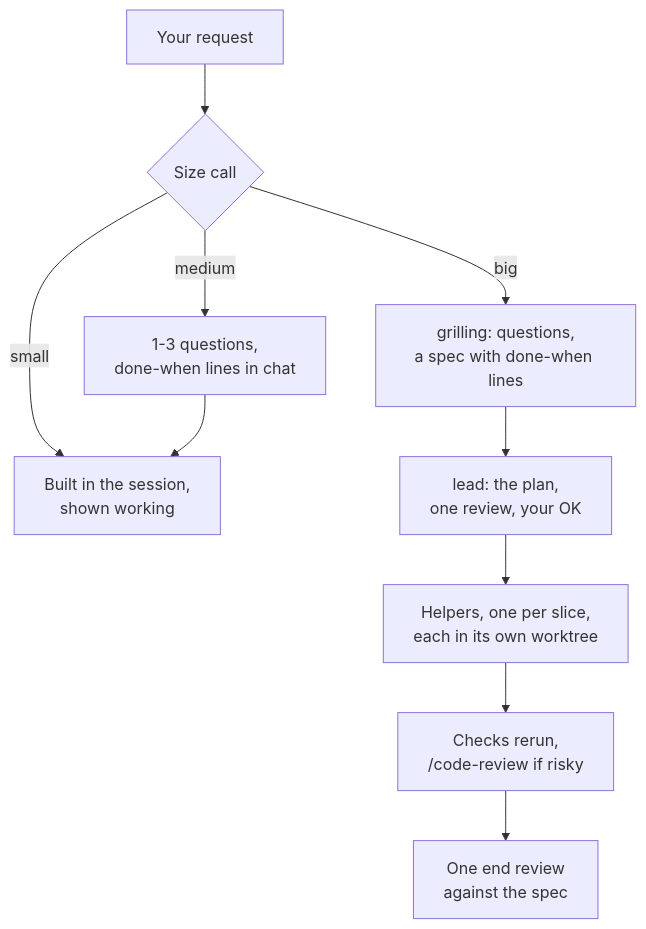
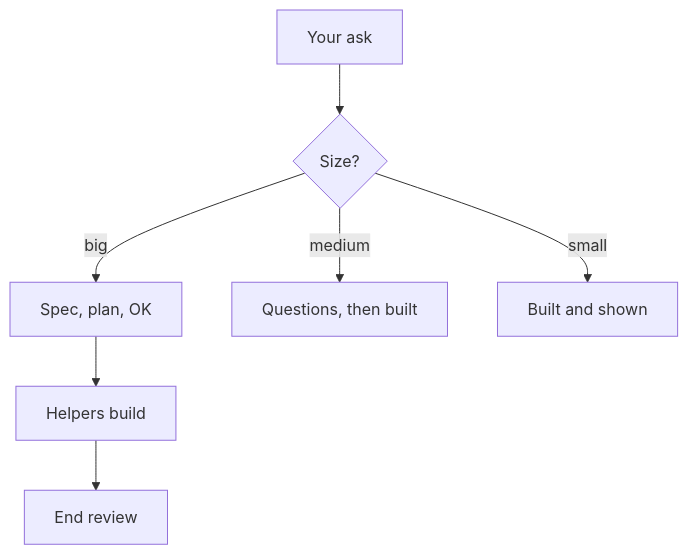
Before and after one commit to tigran-martirosian/ai-coding-setup: the diagram in README.md, drawn with Mermaid. The commit also changed other lines of this file and 257 other files, not shown here.

````diff
--- a/README.md
+++ b/README.md
@@ -30,11 +30,9 @@
 ```mermaid
 flowchart TD
-  ask["Your request"] --> size{"Size call"}
-  size -->|small| here["Built in the session,<br>shown working"]
-  size -->|medium| few["1-3 questions,<br>done-when lines in chat"] --> here
-  size -->|big| grill["grilling: questions,<br>a spec with done-when lines"]
-  grill --> plan["lead: the plan,<br>one review, your OK"]
-  plan --> work["Helpers, one per slice,<br>each in its own worktree"]
-  work --> check["Checks rerun,<br>/code-review if risky"]
-  check --> review["One end review<br>against the spec"]
+  ask["Your ask"] --> size{"Size?"}
+  size -->|big| spec["Spec, plan, OK"]
+  spec --> helpers["Helpers build"]
+  helpers --> review["End review"]
+  size -->|medium| few["Questions, then built"]
+  size -->|small| small["Built and shown"]
 ```
````
